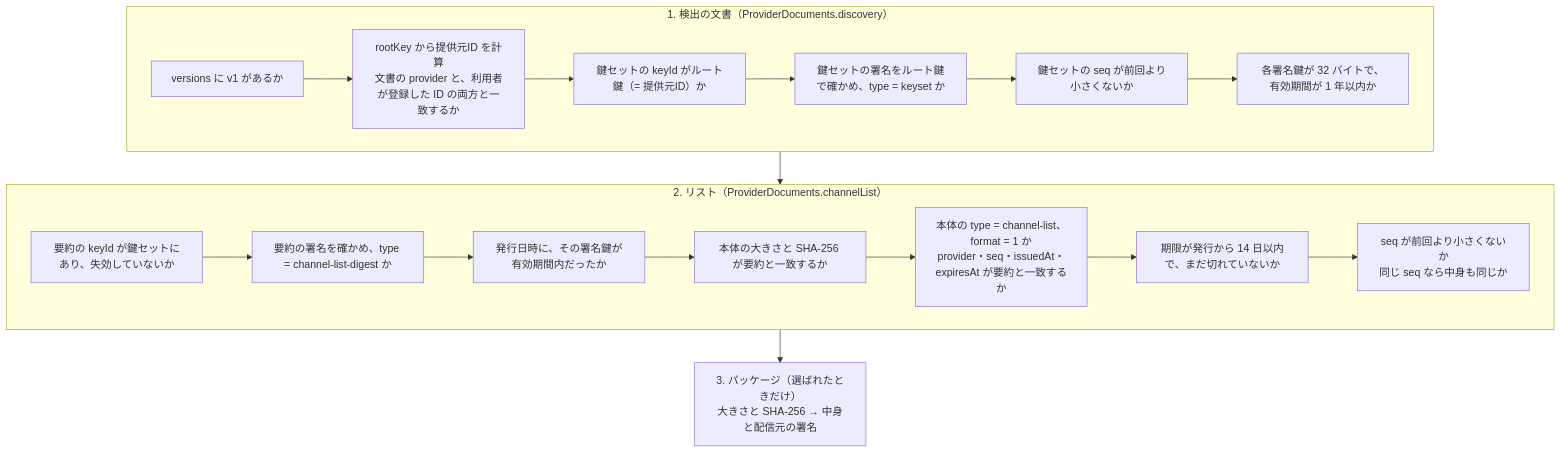
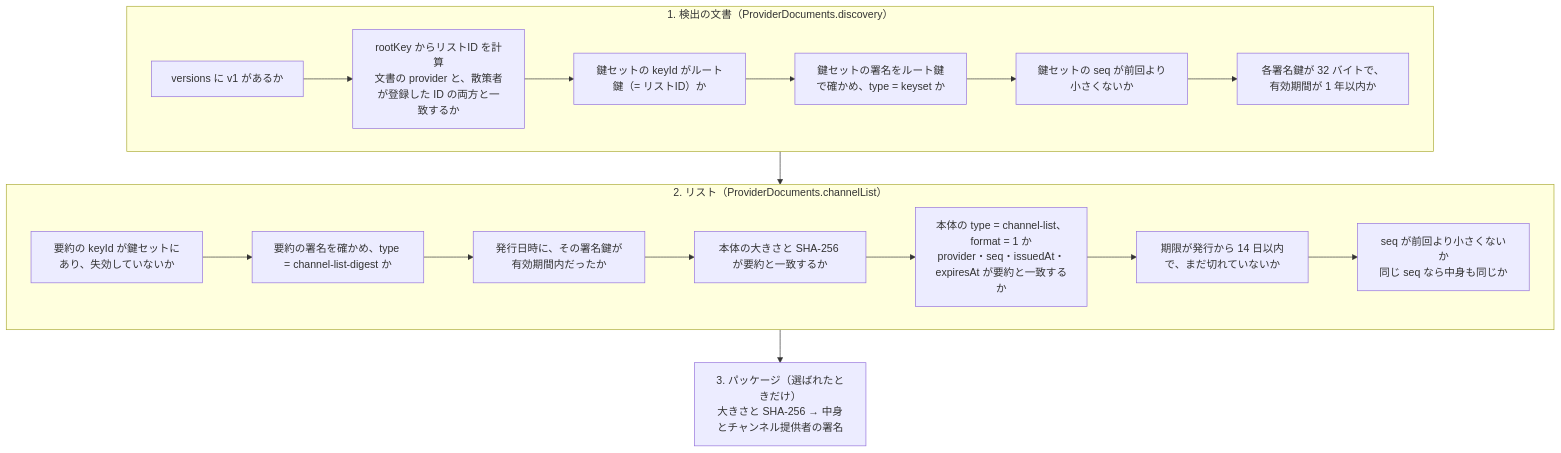
Before and after one commit to duwenji/yorisoi-tutorial: the diagram in 06-trust/05-verify-in-app.md, drawn with Mermaid. The commit also changed other lines of this file and 62 other files, not shown here.

````diff
--- a/06-trust/05-verify-in-app.md
+++ b/06-trust/05-verify-in-app.md
@@ -73,20 +73,20 @@
 ```mermaid
 flowchart TB
     subgraph D["1. 検出の文書（ProviderDocuments.discovery）"]
-        D1["versions に v1 があるか"] --> D2["rootKey から提供元ID を計算<br/>文書の provider と、利用者が登録した ID の両方と一致するか"]
-        D2 --> D3["鍵セットの keyId がルート鍵（= 提供元ID）か"]
+        D1["versions に v1 があるか"] --> D2["rootKey からリストID を計算<br/>文書の provider と、散策者が登録した ID の両方と一致するか"]
+        D2 --> D3["鍵セットの keyId がルート鍵（= リストID）か"]
         D3 --> D4["鍵セットの署名をルート鍵で確かめ、type = keyset か"]
         D4 --> D5["鍵セットの seq が前回より小さくないか"]
         D5 --> D6["各署名鍵が 32 バイトで、有効期間が 1 年以内か"]
     end
     subgraph L["2. リスト（ProviderDocuments.channelList）"]
         L1["要約の keyId が鍵セットにあり、失効していないか"] --> L2["要約の署名を確かめ、type = channel-list-digest か"]
         L2 --> L3["発行日時に、その署名鍵が有効期間内だったか"]
         L3 --> L4["本体の大きさと SHA-256 が要約と一致するか"]
         L4 --> L5["本体の type = channel-list、format = 1 か<br/>provider・seq・issuedAt・expiresAt が要約と一致するか"]
         L5 --> L6["期限が発行から 14 日以内で、まだ切れていないか"]
         L6 --> L7["seq が前回より小さくないか<br/>同じ seq なら中身も同じか"]
     end
     D --> L
-    L --> P["3. パッケージ（選ばれたときだけ）<br/>大きさと SHA-256 → 中身と配信元の署名"]
+    L --> P["3. パッケージ（選ばれたときだけ）<br/>大きさと SHA-256 → 中身とチャンネル提供者の署名"]
 ```
````
